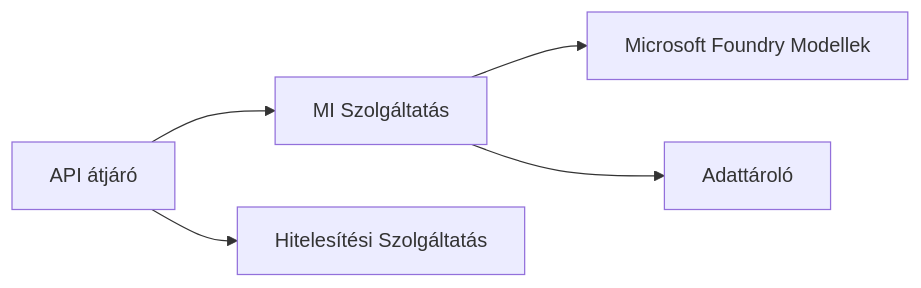
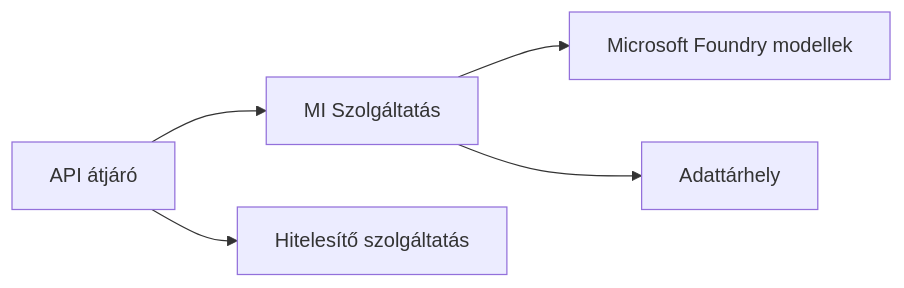
Before and after one commit to microsoft/AZD-for-beginners: the first of 2 diagrams in translations/hu/docs/chapter-08-production/README.md, drawn with Mermaid. The commit also changed other lines of this file and 61 other files, not shown here.

````diff
--- a/translations/hu/docs/chapter-08-production/README.md
+++ b/translations/hu/docs/chapter-08-production/README.md
@@ -48,6 +48,6 @@
 ```mermaid
 graph LR
-    Gateway[API átjáró] --> AI[MI Szolgáltatás] --> Models[Microsoft Foundry Modellek]
-    Gateway --> Auth[Hitelesítési Szolgáltatás]
-    AI --> Data[Adattároló]
+    Gateway[API átjáró] --> AI[MI Szolgáltatás] --> Models[Microsoft Foundry modellek]
+    Gateway --> Auth[Hitelesítő szolgáltatás]
+    AI --> Data[Adattárhely]
 ```
````
